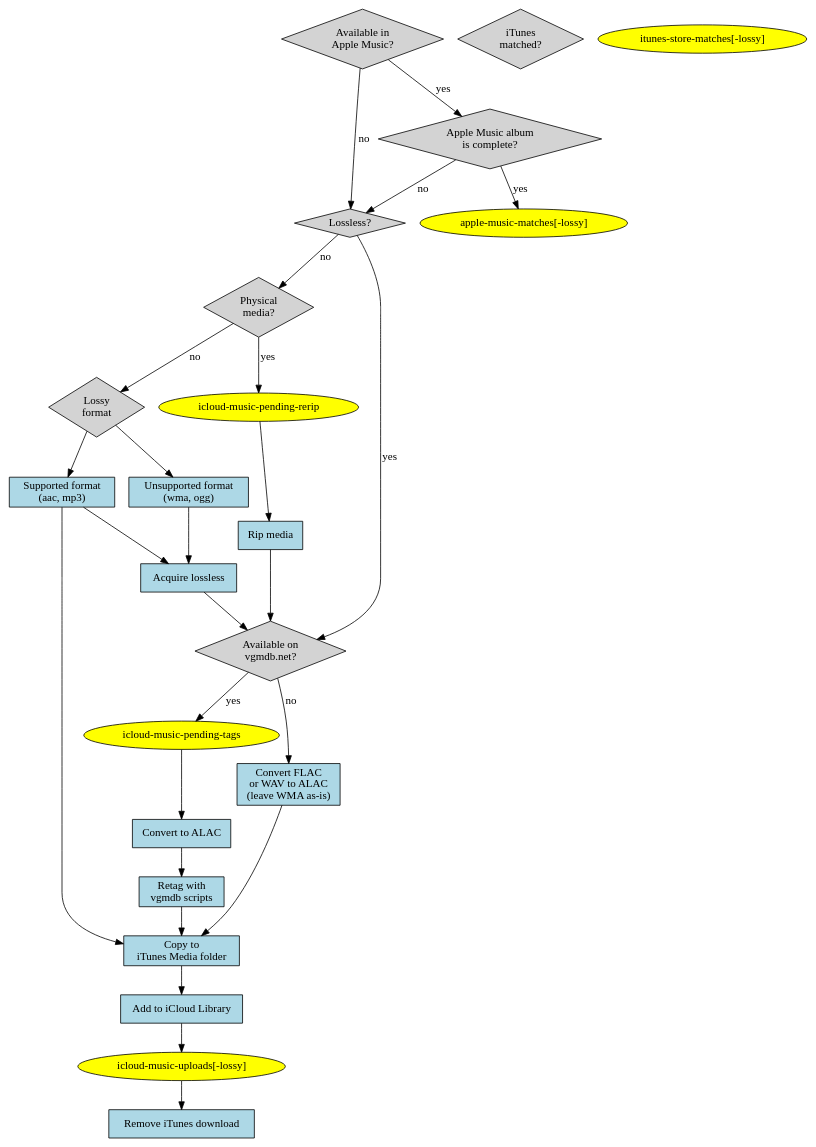
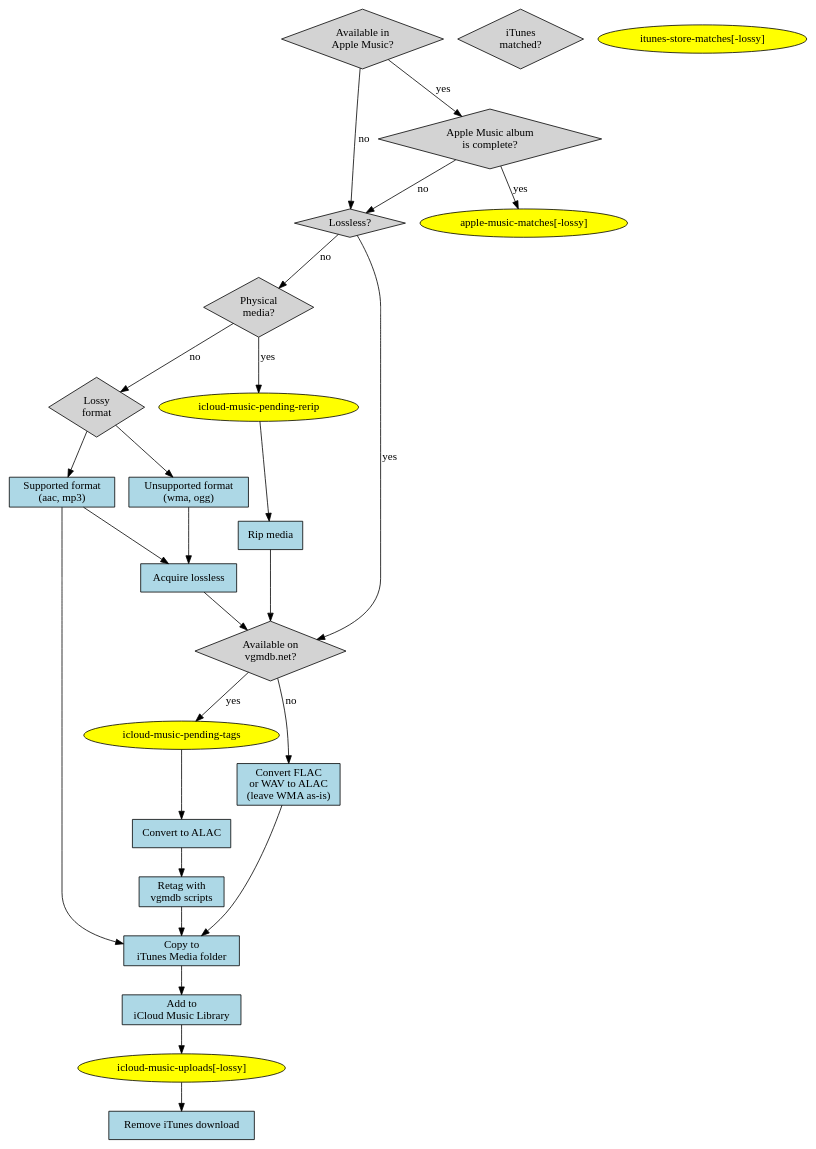
The diagram in workflow.gv (aaron-meyers/music-migration), drawn with Graphviz before and after one commit. The commit also changed 1 other file, not shown here.

```diff
--- a/workflow.gv
+++ b/workflow.gv
@@ -1,56 +1,56 @@
 digraph {
     fontname="Calibri"
     node [fontname="Calibri"]
     edge [fontname="Calibri"]
 
     node [shape=diamond style=filled fillcolor=lightgray]
     is_apple_music_available [label="Available in\nApple Music?"]
     is_apple_music_complete [label="Apple Music album\nis complete?"]
     is_lossless [label="Lossless?"]
     is_vgmdb_available [label="Available on\nvgmdb.net?"]
     itunes_matched [label="iTunes\nmatched?"]
     have_physical_media [label="Physical\nmedia?"]
     lossy_format [label="Lossy\nformat"]
 
     node [shape=oval fillcolor=yellow]
     apple_music_matches [label="apple-music-matches[-lossy]"]
     itunes_store_matches [label="itunes-store-matches[-lossy]"]
     icloud_music_pending_rerip [label="icloud-music-pending-rerip"]
     icloud_music_pending_tags [label="icloud-music-pending-tags"]
     icloud_music_uploads [label="icloud-music-uploads[-lossy]"]
 
     node [shape=rect fillcolor=lightblue]
     rip_media [label="Rip media"]
     supported_lossy_format [label="Supported format\n(aac, mp3)"]
     unsupported_lossy_format [label="Unsupported format\n(wma, ogg)"]
     acquire_lossless [label="Acquire lossless"]
     convert_flac_to_alac [label="Convert FLAC\nor WAV to ALAC\n(leave WMA as-is)"]
     convert_to_alac [label="Convert to ALAC"]
     vgmdb_scripts [label="Retag with\nvgmdb scripts"]
     copy_to_itunes_media [label="Copy to\niTunes Media folder"]
-    add_to_icloud_library [label="Add to iCloud Library"]
+    add_to_icloud_library [label="Add to\niCloud Music Library"]
     remove_itunes_download [label="Remove iTunes download"]
 
     is_apple_music_available -> is_apple_music_complete [label="yes"]
     is_apple_music_complete -> apple_music_matches [label="yes"]
     is_apple_music_complete -> is_lossless [label="no"]
 
     is_apple_music_available -> is_lossless [label="no"]
     is_lossless -> is_vgmdb_available [label="yes"]
     is_vgmdb_available -> icloud_music_pending_tags [label="yes"]
     icloud_music_pending_tags -> convert_to_alac -> vgmdb_scripts
     vgmdb_scripts -> copy_to_itunes_media -> add_to_icloud_library
     add_to_icloud_library -> icloud_music_uploads -> remove_itunes_download
 
     is_vgmdb_available -> convert_flac_to_alac [label="no"]
     convert_flac_to_alac -> copy_to_itunes_media 
 
     is_lossless -> have_physical_media [label="no"]
     have_physical_media -> icloud_music_pending_rerip [label="yes"]
     icloud_music_pending_rerip -> rip_media -> is_vgmdb_available
     have_physical_media -> lossy_format [label="no"]
     lossy_format -> supported_lossy_format -> copy_to_itunes_media
     supported_lossy_format -> acquire_lossless
     lossy_format -> unsupported_lossy_format -> acquire_lossless
     acquire_lossless -> is_vgmdb_available
 }
```
